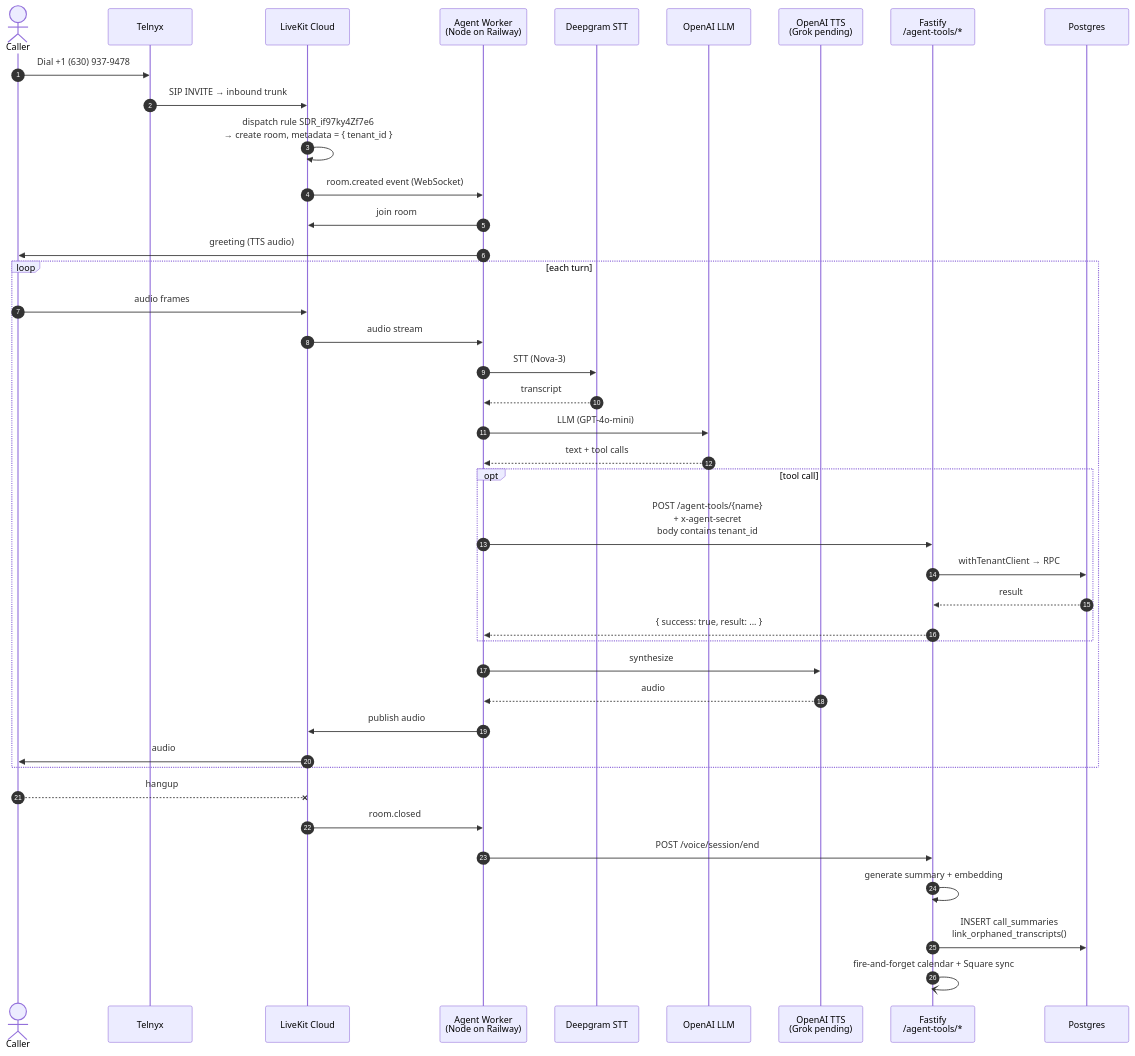
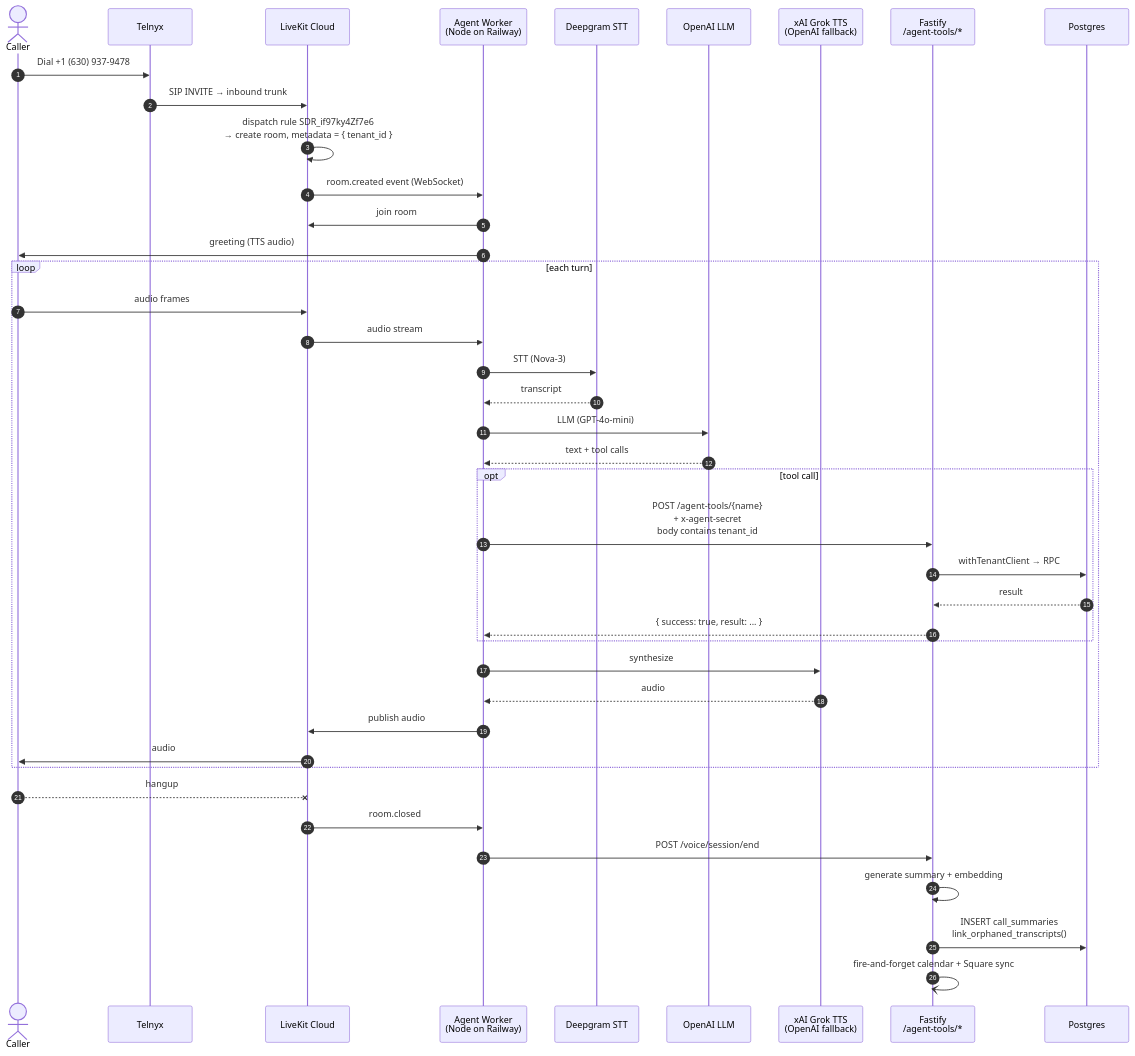
Before and after one commit to ddemott/ai-sec: the third of 11 diagrams in docs/DIAGRAMS.md, drawn with Mermaid. The commit also changed other lines of this file and 4 other files, not shown here.

First line of the commit message:
docs: address Copilot review on #52 (Square in diagrams/arch, drop dangling refs)

````diff
--- a/docs/DIAGRAMS.md
+++ b/docs/DIAGRAMS.md
@@ -223,46 +223,46 @@
 ```mermaid
 sequenceDiagram
   autonumber
   actor Caller
   participant Telnyx
   participant LK as LiveKit Cloud
   participant Agent as Agent Worker<br/>(Node on Railway)
   participant DG as Deepgram STT
   participant OAI as OpenAI LLM
-  participant TTS as OpenAI TTS<br/>(Grok pending)
+  participant TTS as xAI Grok TTS<br/>(OpenAI fallback)
   participant API as Fastify<br/>/agent-tools/*
   participant DB as Postgres
 
   Caller->>Telnyx: Dial +1 (630) 937-9478
   Telnyx->>LK: SIP INVITE → inbound trunk
   LK->>LK: dispatch rule SDR_if97ky4Zf7e6<br/>→ create room, metadata = { tenant_id }
   LK->>Agent: room.created event (WebSocket)
   Agent->>LK: join room
   Agent->>Caller: greeting (TTS audio)
 
   loop each turn
     Caller->>LK: audio frames
     LK->>Agent: audio stream
     Agent->>DG: STT (Nova-3)
     DG-->>Agent: transcript
     Agent->>OAI: LLM (GPT-4o-mini)
     OAI-->>Agent: text + tool calls
     opt tool call
       Agent->>API: POST /agent-tools/{name}<br/>+ x-agent-secret<br/>body contains tenant_id
       API->>DB: withTenantClient → RPC
       DB-->>API: result
       API-->>Agent: { success: true, result: ... }
     end
     Agent->>TTS: synthesize
     TTS-->>Agent: audio
     Agent->>LK: publish audio
     LK->>Caller: audio
   end
 
   Caller--xLK: hangup
   LK->>Agent: room.closed
   Agent->>API: POST /voice/session/end
   API->>API: generate summary + embedding
   API->>DB: INSERT call_summaries<br/>link_orphaned_transcripts()
   API-)API: fire-and-forget calendar + Square sync
 ```
````
